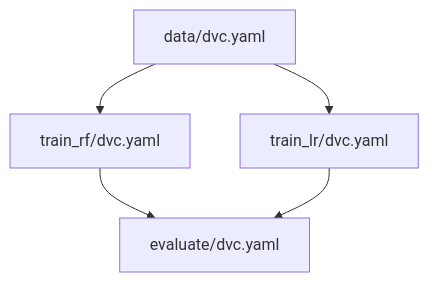
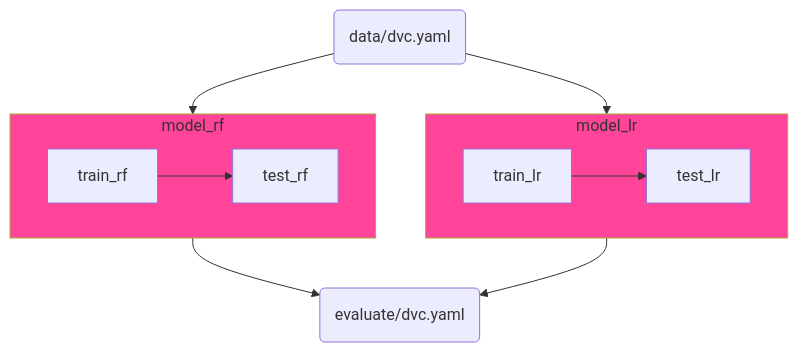
The diagram in pipelines/parallel-pipelines/README.md (mnrozhkov/dvc-patterns), drawn with Mermaid before and after one commit. The commit also changed other lines of this file and 10 other files, not shown here.

````diff
--- a/pipelines/parallel-pipelines/README.md
+++ b/pipelines/parallel-pipelines/README.md
@@ -6,7 +7,18 @@
 ```mermaid
 graph TD;
-    data/dvc.yaml --> train_rf/dvc.yaml;
-    data/dvc.yaml --> train_lr/dvc.yaml;
-    train_rf/dvc.yaml --> evaluate/dvc.yaml;
-     train_lr/dvc.yaml --> evaluate/dvc.yaml;
+    subgraph model_rf
+        train_rf --> test_rf;
+    end 
+    subgraph model_lr
+        train_lr --> test_lr;
+    end 
+
+    1(data/dvc.yaml) --> model_rf(model_rf):::focusStyle;
+    1(data/dvc.yaml) --> model_lr(model_lr):::focusStyle;
+
+    model_rf --> 4(evaluate/dvc.yaml);
+    model_lr --> 4(evaluate/dvc.yaml);
+
+    classDef focusStyle fill:#f49f,stroke-width:1px
+
 ```
````
